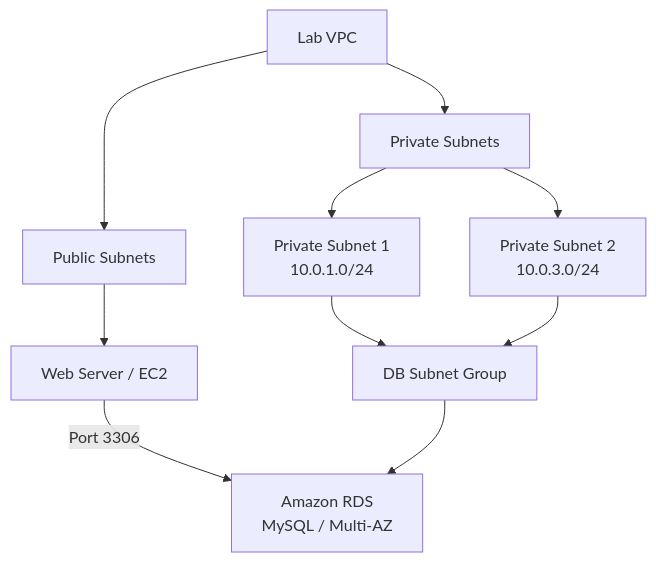
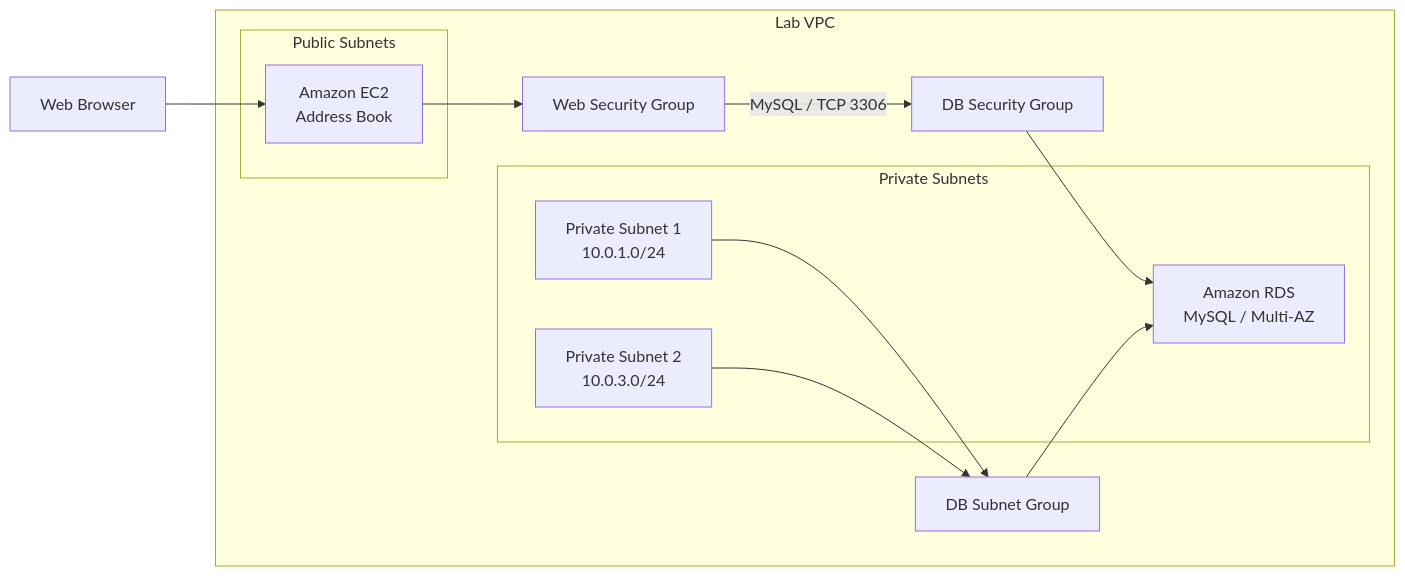
Before and after one commit to laisrdrgs/cloud-labs: the first of 4 diagrams in 03-rds-address-book/README.md, drawn with Mermaid. The commit also changed other lines of this file, not shown here.

First line of the commit message:
Revise README for RDS and EC2 lab details

````diff
--- a/03-rds-address-book/README.md
+++ b/03-rds-address-book/README.md
@@ -36,19 +19,28 @@
 ```mermaid
-flowchart TD
-    VPC["Lab VPC"]
+flowchart LR
+    USER["Web Browser"]
 
-    VPC --> PUBLIC["Public Subnets"]
-    VPC --> PRIVATE["Private Subnets"]
+    subgraph VPC["Lab VPC"]
+        subgraph PUBLIC["Public Subnets"]
+            EC2["Amazon EC2<br/>Address Book"]
+        end
 
-    PUBLIC --> EC2["Web Server / EC2"]
+        subgraph PRIVATE["Private Subnets"]
+            SUB1["Private Subnet 1<br/>10.0.1.0/24"]
+            SUB2["Private Subnet 2<br/>10.0.3.0/24"]
+            DB["Amazon RDS<br/>MySQL / Multi-AZ"]
+        end
 
-    PRIVATE --> SUB1["Private Subnet 1<br/>10.0.1.0/24"]
-    PRIVATE --> SUB2["Private Subnet 2<br/>10.0.3.0/24"]
+        WSG["Web Security Group"]
+        DBSG["DB Security Group"]
+        DBGROUP["DB Subnet Group"]
+    end
 
-    SUB1 --> DBGROUP["DB Subnet Group"]
+    USER --> EC2
+    EC2 --> WSG
+    WSG -->|"MySQL / TCP 3306"| DBSG
+    DBSG --> DB
+    SUB1 --> DBGROUP
     SUB2 --> DBGROUP
-
-    EC2 -->|"Port 3306"| RDS["Amazon RDS<br/>MySQL / Multi-AZ"]
-
-    DBGROUP --> RDS
+    DBGROUP --> DB
 ```
````
